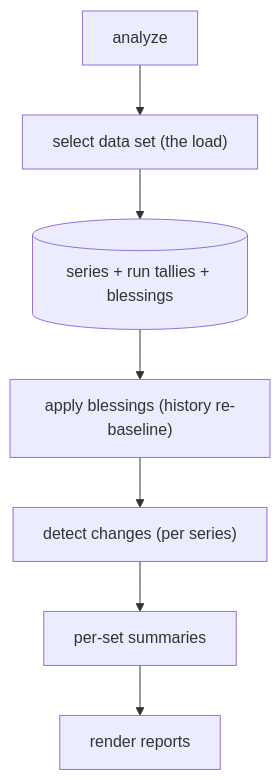
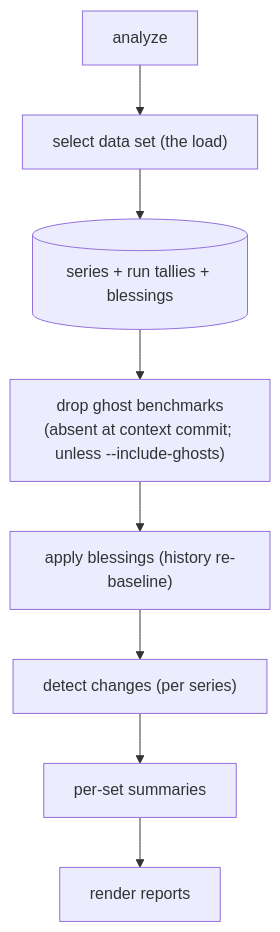
One commit to folo-rs/folo changed the first of 4 diagrams in packages/cargo-bench-history/docs/analyze.md. Above: the diagram before and after it, drawn with Mermaid. The commit also changed other lines of this file and 11 other files, not shown here.

````diff
--- a/packages/cargo-bench-history/docs/analyze.md
+++ b/packages/cargo-bench-history/docs/analyze.md
@@ -26,9 +26,10 @@
 ```mermaid
 flowchart TD
   EXEC["analyze"] --> SD["select data set (the load)"]
   SD --> DS[("series + run tallies + blessings")]
-  DS --> AB["apply blessings (history re-baseline)"]
+  DS --> GF["drop ghost benchmarks\n(absent at context commit; unless --include-ghosts)"]
+  GF --> AB["apply blessings (history re-baseline)"]
   AB --> FC["detect changes (per series)"]
   FC --> SUM["per-set summaries"]
   SUM --> RENDER["render reports"]
 ```
````
